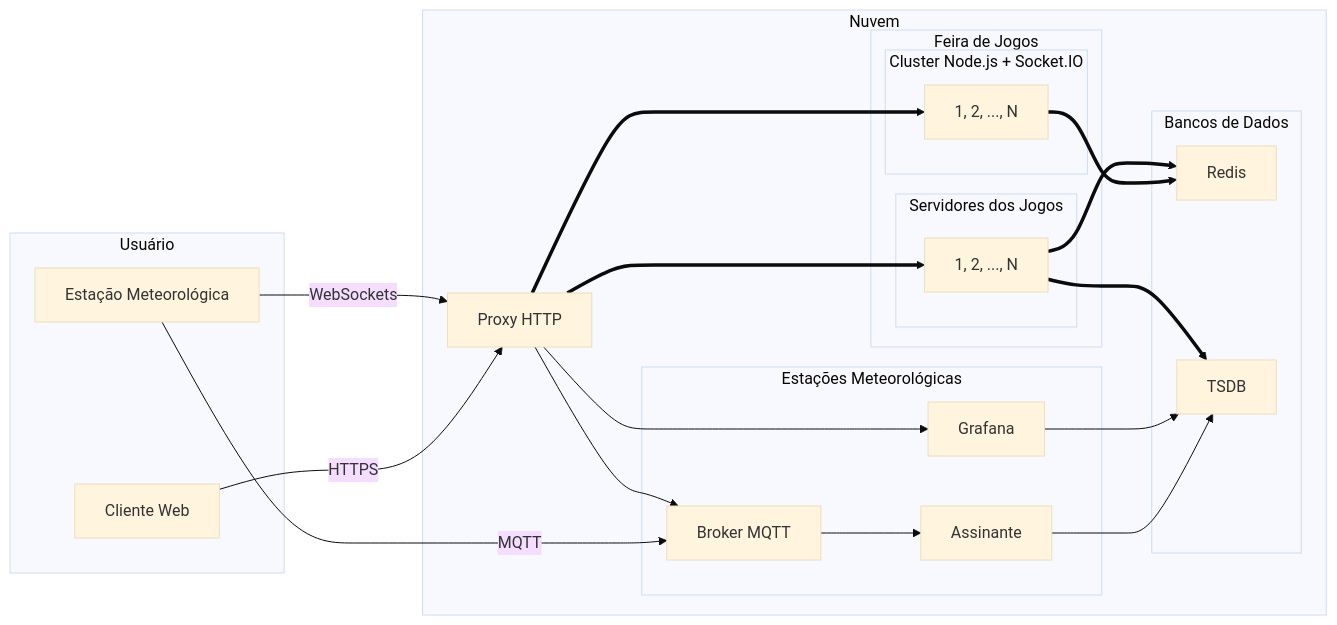
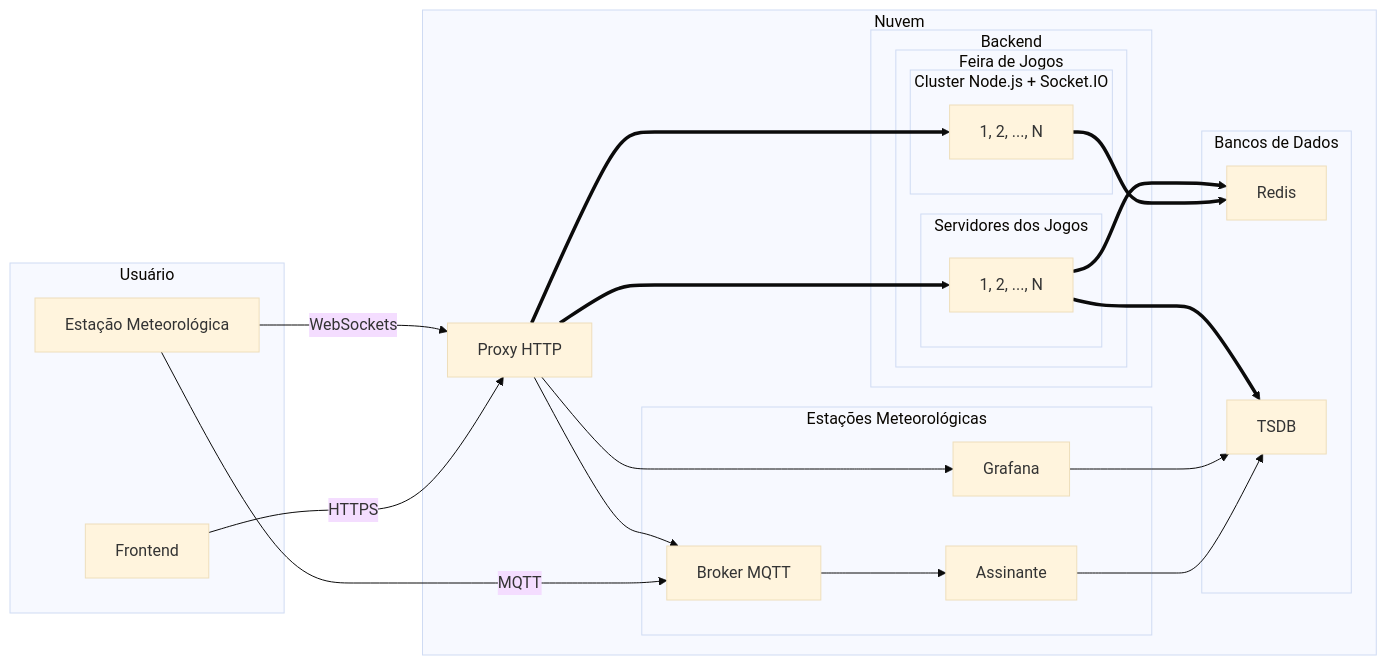
The first of 2 diagrams in docs/v3/README.md (pi2-2025-2/feira-de-jogos), drawn with Mermaid (base theme) before and after one commit. The commit also changed other lines of this file, not shown here.

First line of the commit message:
Dcumentar sessão entre servidores

````diff
--- a/docs/v3/README.md
+++ b/docs/v3/README.md
@@ -41,52 +41,54 @@
 ```mermaid
 flowchart LR
 
 subgraph Usuário
-  A[Cliente Web]
+  A[Frontend]
   B[Estação Meteorológica]
 end
 
 subgraph Nuvem
   C[Proxy HTTP]
 
   subgraph Estações Meteorológicas
     D[Broker MQTT]
     F[Assinante]
     J[Grafana]
   end
 
-  subgraph Feira de Jogos
-    subgraph Cluster Node.js + Socket.IO
-      G[1, 2, ..., N]
-    end
+  subgraph Backend
+    subgraph Feira de Jogos
+      subgraph Cluster Node.js + Socket.IO
+        G[1, 2, ..., N]
+      end
 
-    subgraph Servidores dos Jogos
-      I[1, 2, ..., N]
+      subgraph Servidores dos Jogos
+        I[1, 2, ..., N]
+      end
     end
   end
 
   subgraph Bancos de Dados
     H[Redis]
     E[TSDB]
   end
 end
 
 A --> |HTTPS| C
 B --> |WebSockets| C
 B --> |MQTT| D
 
 C --> D
 D --> F
 F --> E
 
 C ==> G
 G ==> H
 
 C ==> I
 I ==> H
 
 C --> J
 J --> E
 
 I ==> E
 ```
````
